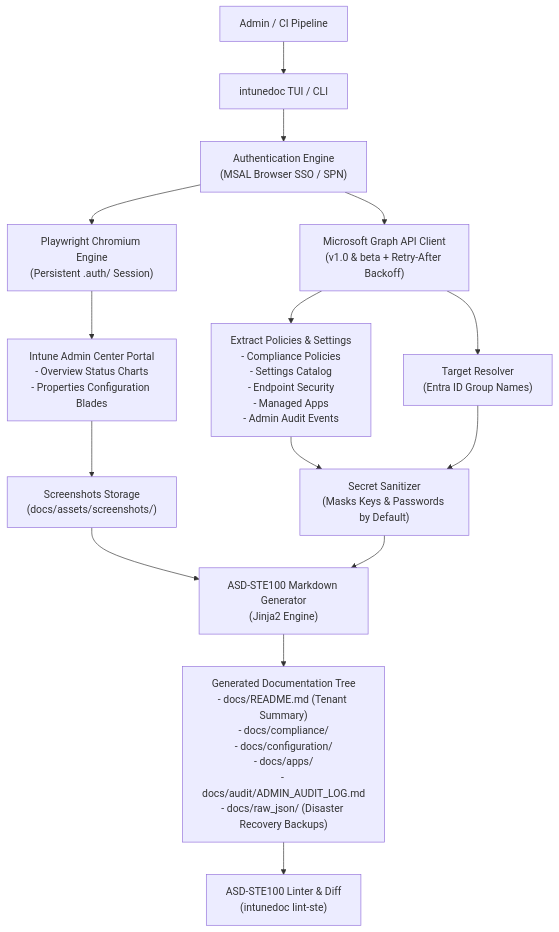
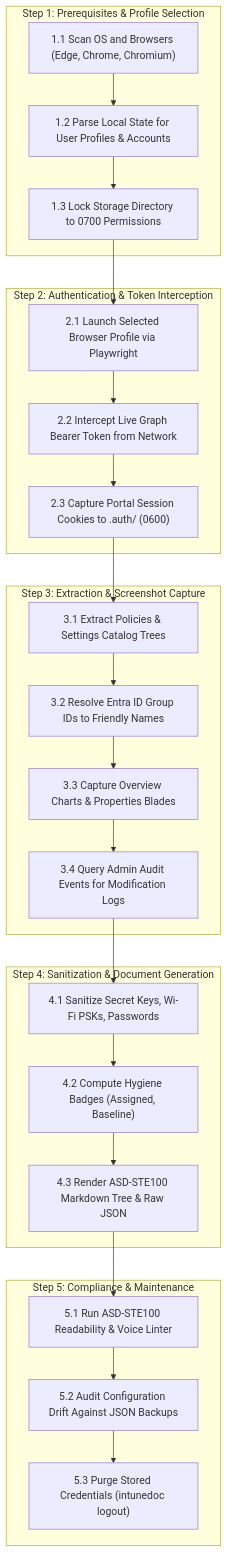
The diagram in README.md (leifdavisson/intune-visual-doc), drawn with Mermaid before and after one commit. The commit also changed other lines of this file and 2 other files, not shown here.

Commit message:
feat: align workflow in chronological sequence and add Mermaid workflow architecture chart under 281 chars width

````diff
--- a/README.md
+++ b/README.md
@@ -17,22 +24,43 @@
 ```mermaid
 flowchart TD
-    A["Admin / CI Pipeline"] --> B["intunedoc TUI / CLI"]
-    B --> C["Authentication Engine\n(MSAL Browser SSO / SPN)"]
-    C --> D["Microsoft Graph API Client\n(v1.0 & beta + Retry-After Backoff)"]
-    C --> E["Playwright Chromium Engine\n(Persistent .auth/ Session)"]
-    
-    D --> F["Extract Policies & Settings\n- Compliance Policies\n- Settings Catalog\n- Endpoint Security\n- Managed Apps\n- Admin Audit Events"]
-    D --> G["Target Resolver\n(Entra ID Group Names)"]
-    
-    E --> H["Intune Admin Center Portal\n- Overview Status Charts\n- Properties Configuration Blades"]
-    H --> I["Screenshots Storage\n(docs/assets/screenshots/)"]
-    
-    F --> J["Secret Sanitizer\n(Masks Keys & Passwords by Default)"]
-    G --> J
-    I --> K["ASD-STE100 Markdown Generator\n(Jinja2 Engine)"]
-    J --> K
-    
-    K --> L["Generated Documentation Tree\n- docs/README.md (Tenant Summary)\n- docs/compliance/\n- docs/configuration/\n- docs/apps/\n- docs/audit/ADMIN_AUDIT_LOG.md\n- docs/raw_json/ (Disaster Recovery Backups)"]
-    
-    L --> M["ASD-STE100 Linter & Diff\n(intunedoc lint-ste)"]
+    subgraph E1["Step 1: Prerequisites & Profile Selection"]
+        E1A["1.1 Scan OS and Browsers (Edge, Chrome, Chromium)"]
+        E1B["1.2 Parse Local State for User Profiles & Accounts"]
+        E1C["1.3 Lock Storage Directory to 0700 Permissions"]
+        E1A --> E1B --> E1C
+    end
+
+    subgraph E2["Step 2: Authentication & Token Interception"]
+        E2A["2.1 Launch Selected Browser Profile via Playwright"]
+        E2B["2.2 Intercept Live Graph Bearer Token from Network"]
+        E2C["2.3 Capture Portal Session Cookies to .auth/ (0600)"]
+        E2A --> E2B --> E2C
+    end
+
+    subgraph E3["Step 3: Extraction & Screenshot Capture"]
+        E3A["3.1 Extract Policies & Settings Catalog Trees"]
+        E3B["3.2 Resolve Entra ID Group IDs to Friendly Names"]
+        E3C["3.3 Capture Overview Charts & Properties Blades"]
+        E3D["3.4 Query Admin Audit Events for Modification Logs"]
+        E3A --> E3B --> E3C --> E3D
+    end
+
+    subgraph E4["Step 4: Sanitization & Document Generation"]
+        E4A["4.1 Sanitize Secret Keys, Wi-Fi PSKs, Passwords"]
+        E4B["4.2 Compute Hygiene Badges (Assigned, Baseline)"]
+        E4C["4.3 Render ASD-STE100 Markdown Tree & Raw JSON"]
+        E4A --> E4B --> E4C
+    end
+
+    subgraph E5["Step 5: Compliance & Maintenance"]
+        E5A["5.1 Run ASD-STE100 Readability & Voice Linter"]
+        E5B["5.2 Audit Configuration Drift Against JSON Backups"]
+        E5C["5.3 Purge Stored Credentials (intunedoc logout)"]
+        E5A --> E5B --> E5C
+    end
+
+    E1C --> E2A
+    E2C --> E3A
+    E3D --> E4A
+    E4C --> E5A
 ```
````
